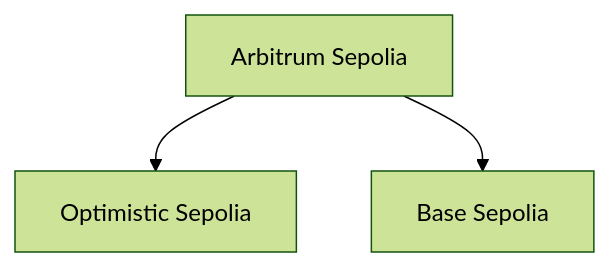
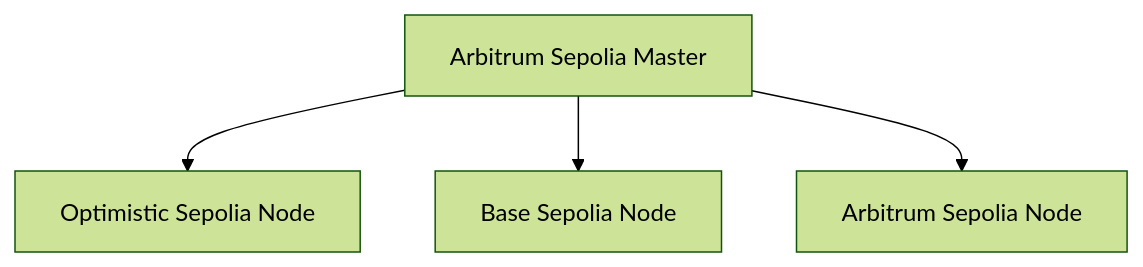
Before and after one commit to ddrr1337/warp_yield_frontend: the diagram in src/pages/docs/testing_protocol.mdx, drawn with Mermaid (forest theme). The commit also changed other lines of this file and 19 other files, not shown here.

````diff
--- a/src/pages/docs/testing_protocol.mdx
+++ b/src/pages/docs/testing_protocol.mdx
@@ -19,13 +19,15 @@
 ```mermaid
 graph TD;
 
-A[Arbitrum Sepolia]
-B[Optimistic Sepolia];
-C[Base Sepolia];
+A[Arbitrum Sepolia Master]
+B[Optimistic Sepolia Node];
+C[Base Sepolia Node];
+D[Arbitrum Sepolia Node];
 
 
 A --> B;
 A --> C
+A --> D
 
 
 ```
````
